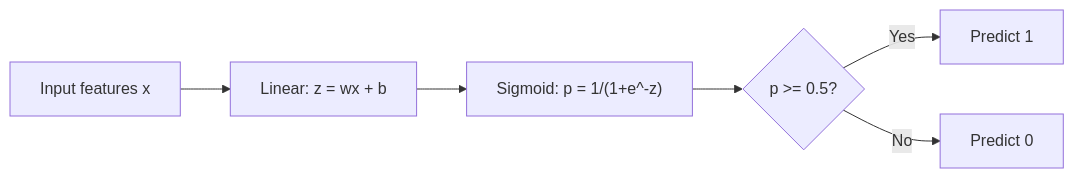
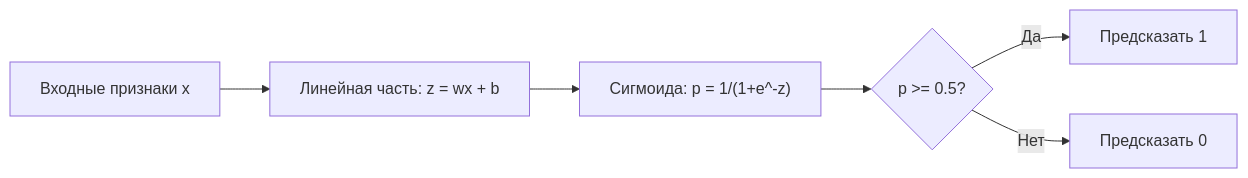
Before and after one commit to stabuev/ai-engineering-from-scratch: the first of 2 diagrams in phases/02-ml-fundamentals/03-logistic-regression/docs/ru.md, drawn with Mermaid. The commit also changed other lines of this file and 22 other files, not shown here.

````diff
--- a/phases/02-ml-fundamentals/03-logistic-regression/docs/ru.md
+++ b/phases/02-ml-fundamentals/03-logistic-regression/docs/ru.md
@@ -64,8 +64,8 @@
 ```mermaid
 flowchart LR
-    X[Input features x] --> L["Linear: z = wx + b"]
-    L --> S["Sigmoid: p = 1/(1+e^-z)"]
+    X[Входные признаки x] --> L["Линейная часть: z = wx + b"]
+    L --> S["Сигмоида: p = 1/(1+e^-z)"]
     S --> D{"p >= 0.5?"}
-    D -->|Yes| P[Predict 1]
-    D -->|No| N[Predict 0]
+    D -->|Да| P[Предсказать 1]
+    D -->|Нет| N[Предсказать 0]
 ```
````
